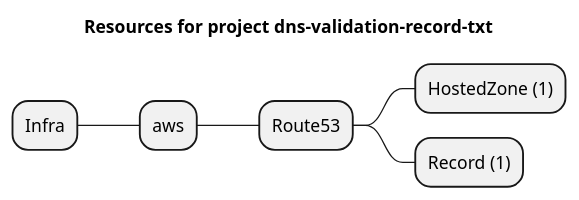
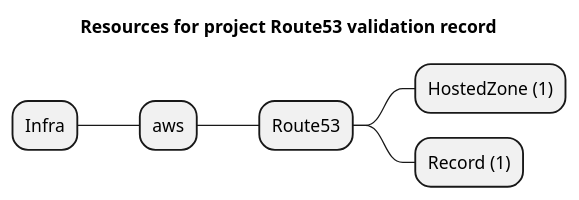
The diagram in examples/aws/route53/dns-validation-record-txt/artifacts/resources-mindmap.puml (grucloud/grucloud), drawn with PlantUML before and after one commit. The commit also changed 31 other files, not shown here.

```diff
--- a/examples/aws/route53/dns-validation-record-txt/artifacts/resources-mindmap.puml
+++ b/examples/aws/route53/dns-validation-record-txt/artifacts/resources-mindmap.puml
@@ -1,9 +1,9 @@
 @startmindmap
-title Resources for project dns-validation-record-txt
+title Resources for project Route53 validation record
 skinparam monochrome true
 + Infra
 ++ aws
 +++ Route53
 ++++ HostedZone (1)
 ++++ Record (1)
 @endmindmap
```
